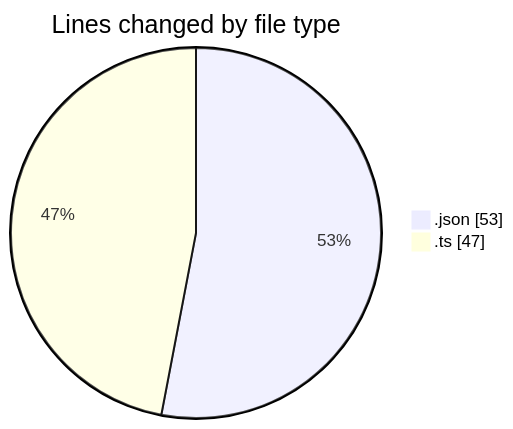
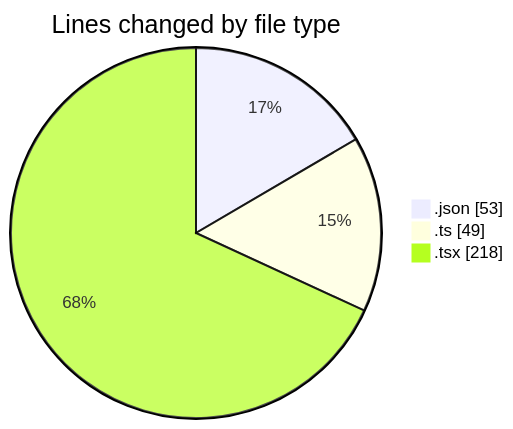
One commit to Ritupan-Deka/code-tracking changed the first of 2 diagrams in 2025-05-22/expensetracker/README.md. Above: the diagram before and after it, drawn with Mermaid. The commit also changed other lines of this file and 1 other file, not shown here.

````diff
--- a/2025-05-22/expensetracker/README.md
+++ b/2025-05-22/expensetracker/README.md
@@ -22,6 +23,7 @@
 ```mermaid
 pie showData
 title Lines changed by file type
 ".json" : 53
-".ts" : 47
+".ts" : 49
+".tsx" : 218
 ```
````
